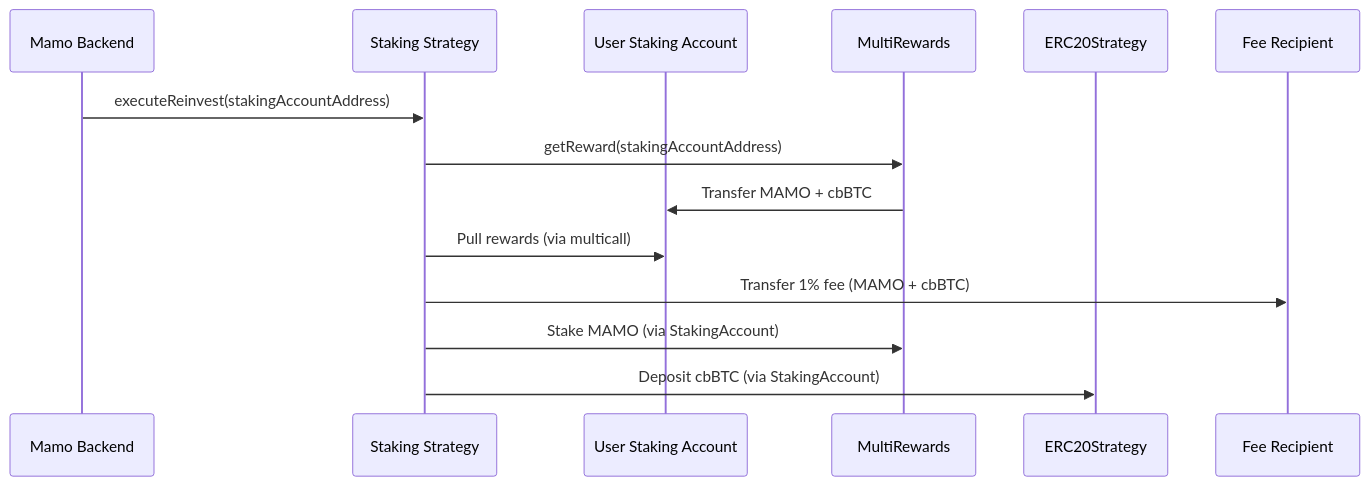
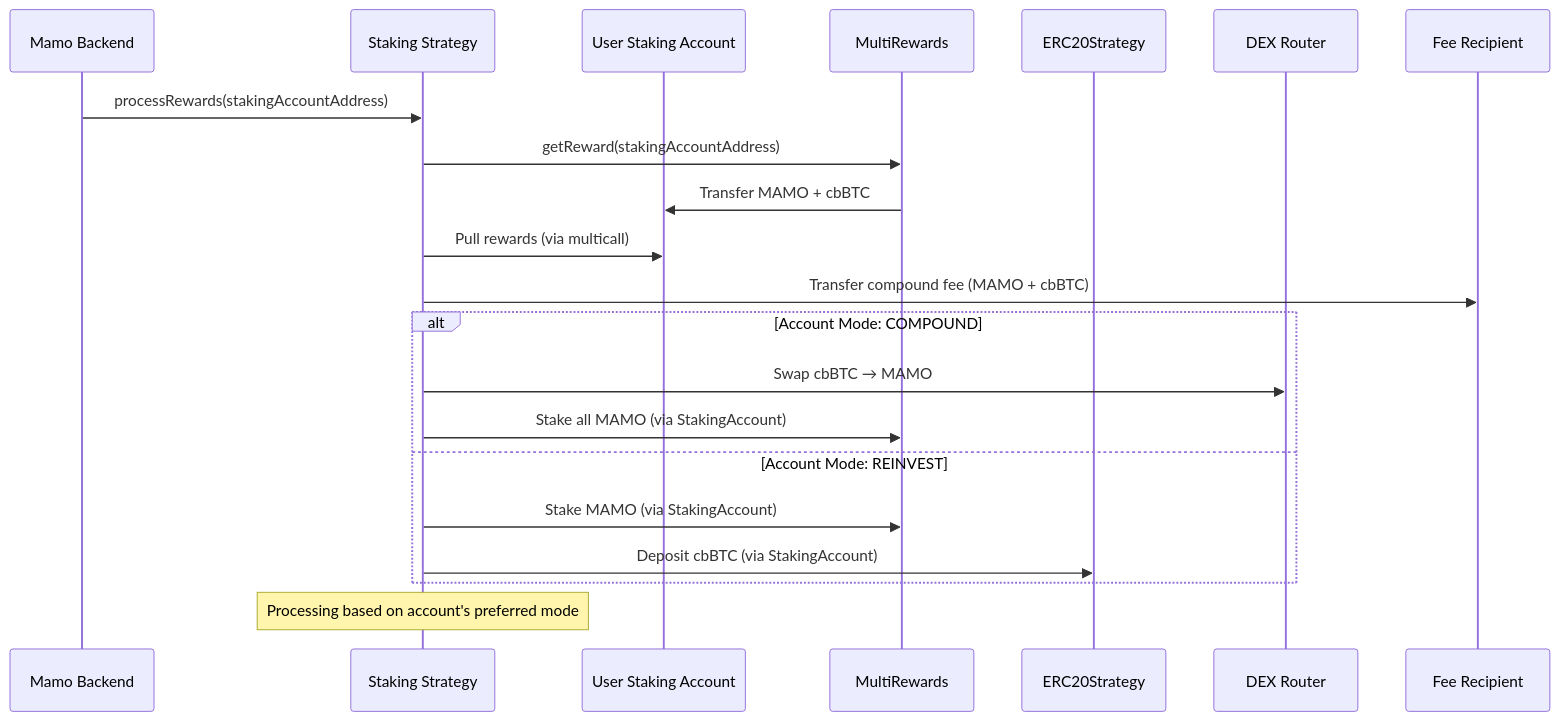
The third of 5 diagrams in docs/MAMO_STAKING_ARCHITECTURE.md (moonwell-fi/mamo-contracts), drawn with Mermaid before and after one commit. The commit also changed other lines of this file, not shown here.

Commit message:
update architecture

````diff
--- a/docs/MAMO_STAKING_ARCHITECTURE.md
+++ b/docs/MAMO_STAKING_ARCHITECTURE.md
@@ -517,18 +574,27 @@
 ```mermaid
 sequenceDiagram
     participant Backend as Mamo Backend
     participant Strategy as Staking Strategy
     participant StakingAccount as User Staking Account
     participant MultiRewards as MultiRewards
     participant ERC20Strategy as ERC20Strategy
+    participant DEX as DEX Router
     participant Fee as Fee Recipient
 
-    Backend->>Strategy: executeReinvest(stakingAccountAddress)
+    Backend->>Strategy: processRewards(stakingAccountAddress)
     Strategy->>MultiRewards: getReward(stakingAccountAddress)
     MultiRewards->>StakingAccount: Transfer MAMO + cbBTC
     
     Strategy->>StakingAccount: Pull rewards (via multicall)
-    Strategy->>Fee: Transfer 1% fee (MAMO + cbBTC)
-    Strategy->>MultiRewards: Stake MAMO (via StakingAccount)
-    Strategy->>ERC20Strategy: Deposit cbBTC (via StakingAccount)
+    Strategy->>Fee: Transfer compound fee (MAMO + cbBTC)
+    
+    alt Account Mode: COMPOUND
+        Strategy->>DEX: Swap cbBTC → MAMO
+        Strategy->>MultiRewards: Stake all MAMO (via StakingAccount)
+    else Account Mode: REINVEST
+        Strategy->>MultiRewards: Stake MAMO (via StakingAccount)
+        Strategy->>ERC20Strategy: Deposit cbBTC (via StakingAccount)
+    end
+    
+    Note over Strategy: Processing based on account's preferred mode
 ```
````
